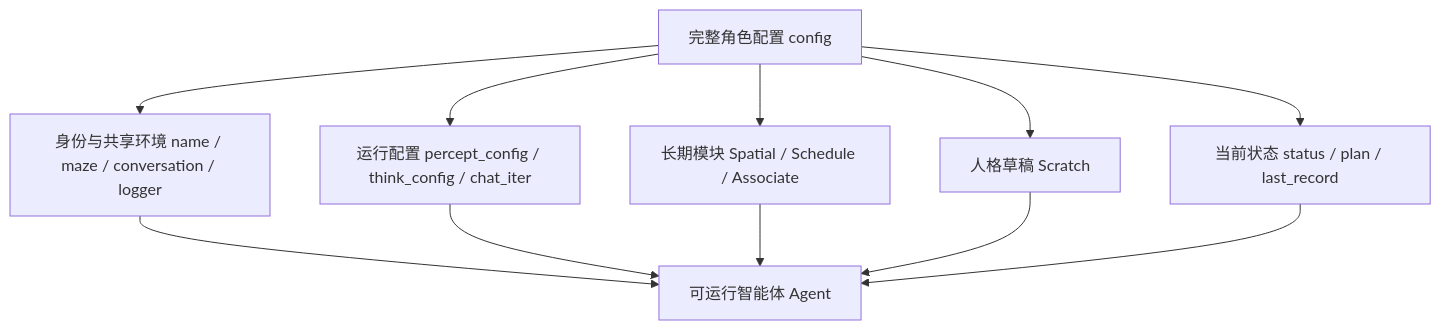
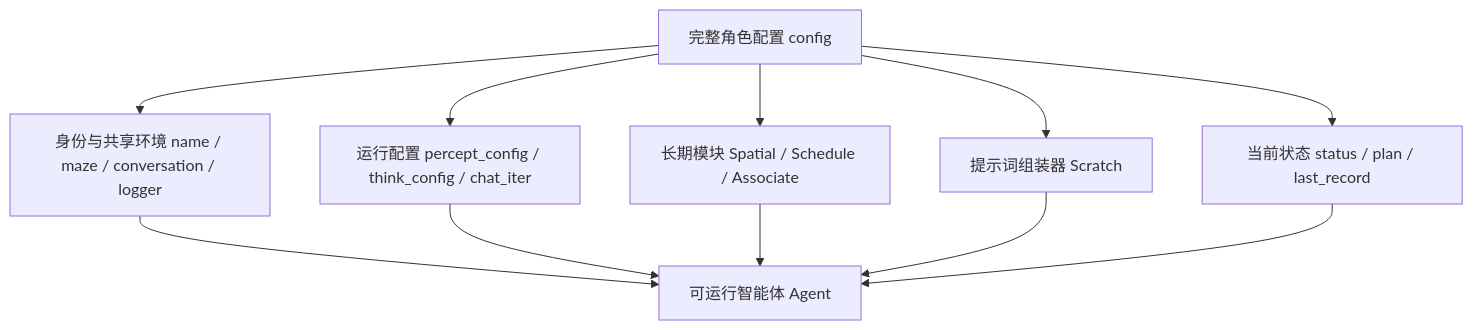
Before and after one commit to tbkken/GenerativeAgentsCN: the seventh of 15 diagrams in docs/book/manuscript/part_03/chapter_15.md, drawn with Mermaid. The commit also changed other lines of this file and 51 other files, not shown here.

````diff
--- a/docs/book/manuscript/part_03/chapter_15.md
+++ b/docs/book/manuscript/part_03/chapter_15.md
@@ -488,13 +488,13 @@
 ```mermaid
 flowchart TD
     Config["完整角色配置 config"] --> Identity["身份与共享环境 name / maze / conversation / logger"]
     Config --> Runtime["运行配置 percept_config / think_config / chat_iter"]
     Config --> Memory["长期模块 Spatial / Schedule / Associate"]
-    Config --> Prompt["人格草稿 Scratch"]
+    Config --> Prompt["提示词组装器 Scratch"]
     Config --> State["当前状态 status / plan / last_record"]
     Identity --> Agent["可运行智能体 Agent"]
     Runtime --> Agent
     Memory --> Agent
     Prompt --> Agent
     State --> Agent
 ```
````
